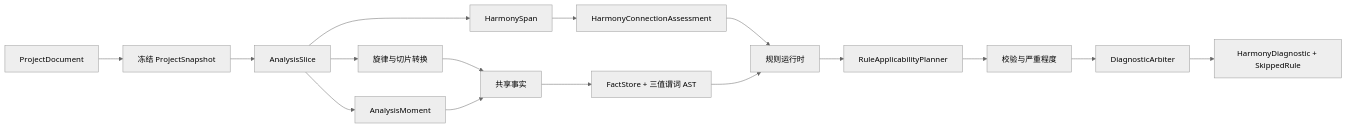
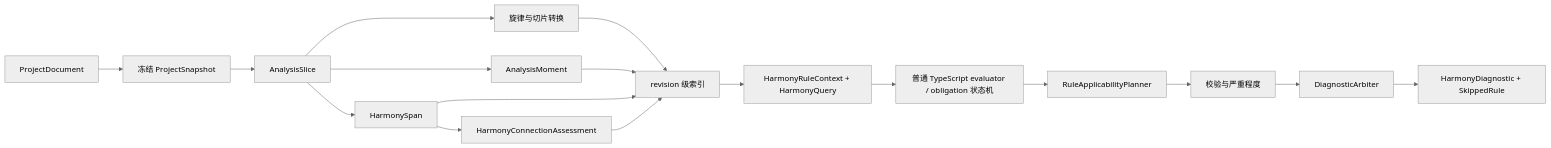
One commit to VoidState-1/SATB-Master changed the diagram in Docs/harmony-engine.md. Above: the diagram before and after it, drawn with Mermaid (neutral theme). The commit also changed other lines of this file and 87 other files, not shown here.

````diff
--- a/Docs/harmony-engine.md
+++ b/Docs/harmony-engine.md
@@ -20,18 +20,19 @@
 ```mermaid
 flowchart LR
   P["ProjectDocument"] --> F["冻结 ProjectSnapshot"]
   F --> S["AnalysisSlice"]
   S --> T["旋律与切片转换"]
   S --> H["HarmonySpan"]
   S --> M["AnalysisMoment"]
   H --> C["HarmonyConnectionAssessment"]
-  T --> X["共享事实"]
-  M --> X
-  X --> Q["FactStore + 三值谓词 AST"]
-  C --> R["规则运行时"]
-  Q --> R
+  T --> I["revision 级索引"]
+  M --> I
+  H --> I
+  C --> I
+  I --> Q["HarmonyRuleContext + HarmonyQuery"]
+  Q --> R["普通 TypeScript evaluator / obligation 状态机"]
   R --> A["RuleApplicabilityPlanner"]
   A --> V["校验与严重程度"]
   V --> D["DiagnosticArbiter"]
   D --> O["HarmonyDiagnostic + SkippedRule"]
 ```
````
